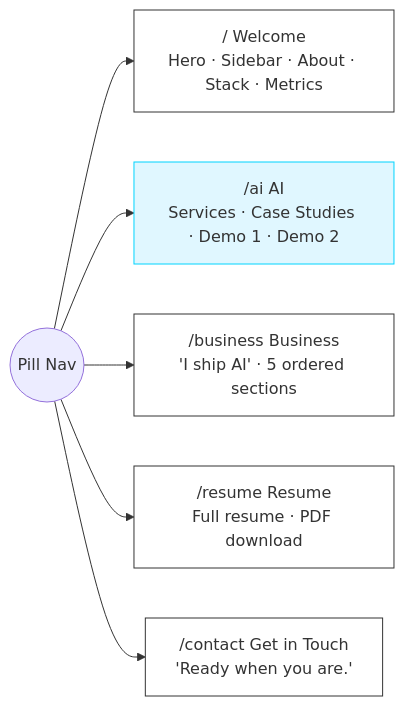
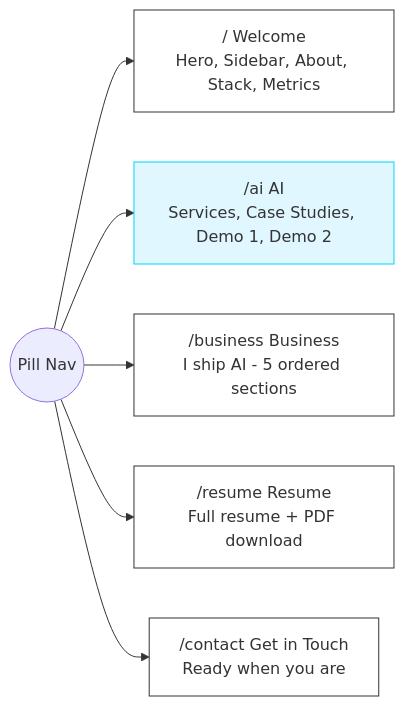
One commit to belonsavon-sys/portfolio changed the second of 3 diagrams in README.md. Above: the diagram before and after it, drawn with Mermaid. The commit also changed other lines of this file and 4 other files, not shown here.

First line of the commit message:
fix: repair all 11 mermaid diagrams for GitHub rendering

````diff
--- a/README.md
+++ b/README.md
@@ -50,21 +50,21 @@
 ```mermaid
 flowchart LR
     Nav((Pill Nav))
-    Welcome["/ Welcome<br/>Hero · Sidebar · About · Stack · Metrics"]
-    AI["/ai AI<br/>Services · Case Studies · Demo 1 · Demo 2"]
-    Business["/business Business<br/>'I ship AI' · 5 ordered sections"]
-    Resume["/resume Resume<br/>Full resume · PDF download"]
-    Contact["/contact Get in Touch<br/>'Ready when you are.'"]
+    Welcome["/ Welcome<br/>Hero, Sidebar, About, Stack, Metrics"]
+    AI["/ai AI<br/>Services, Case Studies, Demo 1, Demo 2"]
+    Business["/business Business<br/>I ship AI - 5 ordered sections"]
+    Resume["/resume Resume<br/>Full resume + PDF download"]
+    Contact["/contact Get in Touch<br/>Ready when you are"]
 
     Nav --> Welcome
     Nav --> AI
     Nav --> Business
     Nav --> Resume
     Nav --> Contact
 
     style Welcome fill:#fff,stroke:#333
     style AI fill:#e0f7ff,stroke:#00d4ff
     style Business fill:#fff,stroke:#333
     style Resume fill:#fff,stroke:#333
     style Contact fill:#fff,stroke:#333
 ```
````
